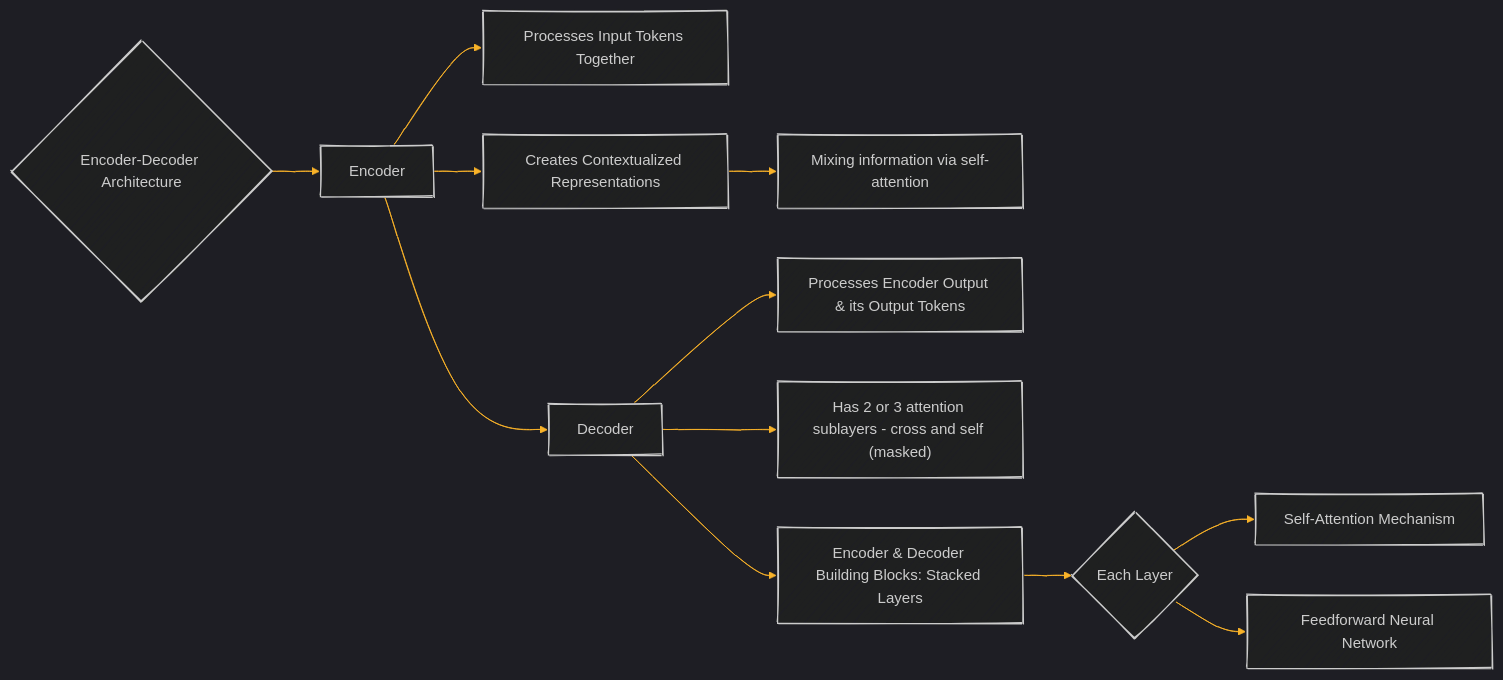
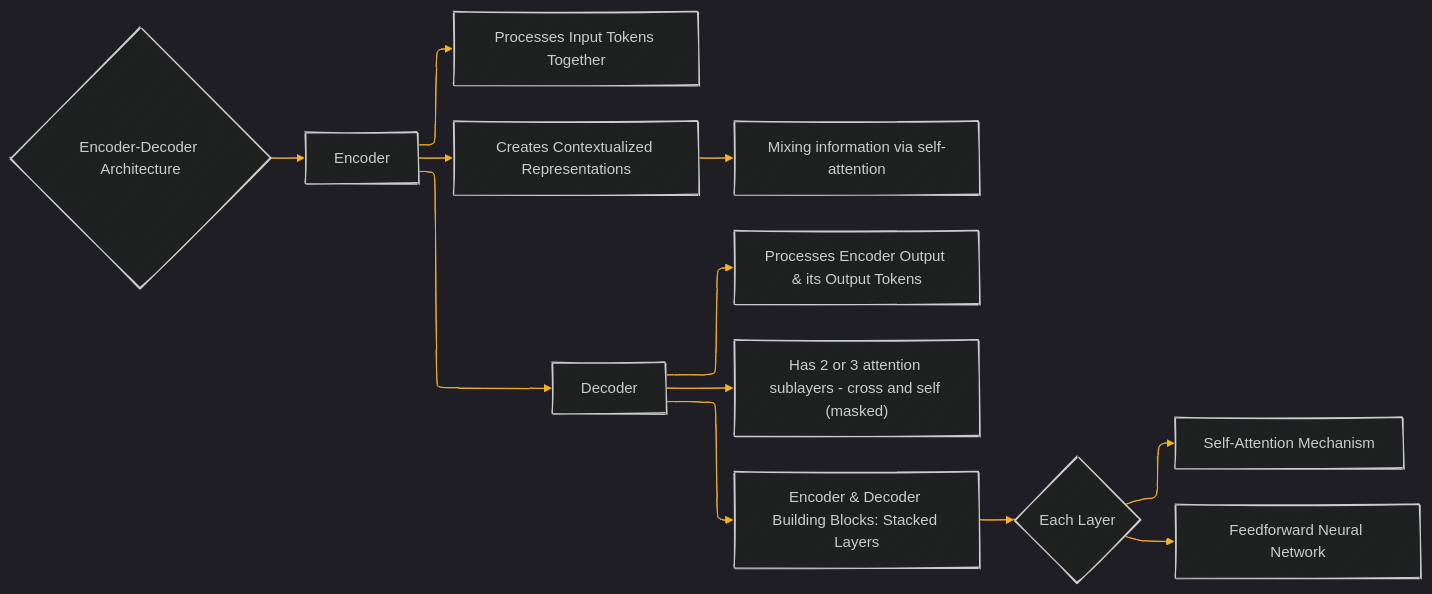
Before and after one commit to CongLeSolutionX/Synthetic-Zooniverse: the fourth of 16 diagrams in Transformers/Transformer_Draft_1.md, drawn with Mermaid. The commit also changed other lines of this file and 3 other files, not shown here.

````diff
--- a/Transformers/Transformer_Draft_1.md
+++ b/Transformers/Transformer_Draft_1.md
@@ -140,32 +143,33 @@
 ```mermaid
 %%{
   init: {
     'theme': 'dark',
+    'layout': 'elk',
     'look': 'handDrawn',
     'fontFamily': 'verdana',
     'themeVariables': {
       'primaryColor': '#BB2528',
-      'primaryTextColor': '#f3ff',
+      'primaryTextColor': '#fff',
       'primaryBorderColor': '#7C0000',
       'lineColor': '#F8B229',
       'secondaryColor': '#006100',
       'tertiaryColor': '#fff'
     }
   }
 }%%
 graph LR
     A{"Encoder-Decoder Architecture"} --> B[Encoder];
     B --> B1[Processes Input Tokens Together];
     B --> B1a[Creates Contextualized Representations];
     B1a --> B1b[Mixing information via self-attention];
     B --> C[Decoder];
     C --> C1["Processes Encoder Output & its Output Tokens"];
     C --> C1A["Has 2 or 3 attention sublayers - cross and self (masked)"];
     C --> D["Encoder & Decoder Building Blocks: Stacked Layers"];
     D --> E{Each Layer};
     E --> EA[Self-Attention Mechanism];
     E --> EB[Feedforward Neural Network];
 
     classDef detail fill:#f9f,stroke:#333,stroke-width:2px
     
 ```
````
